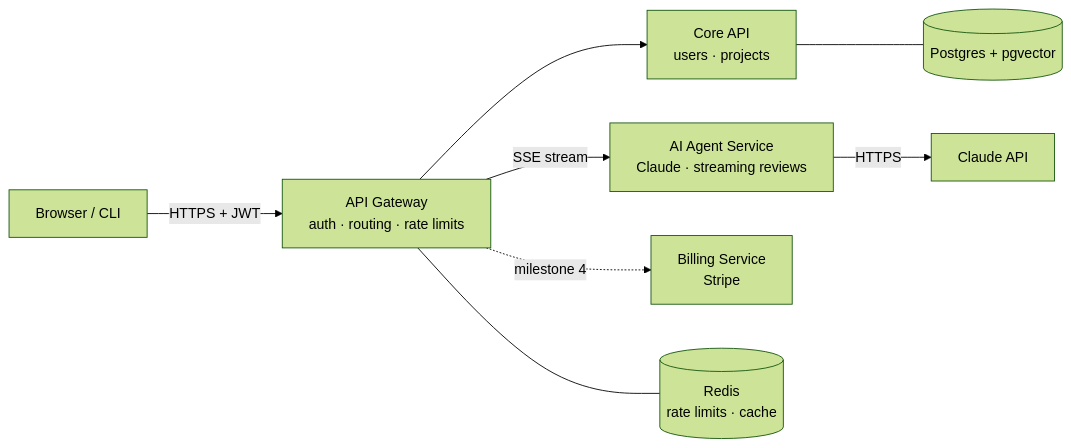
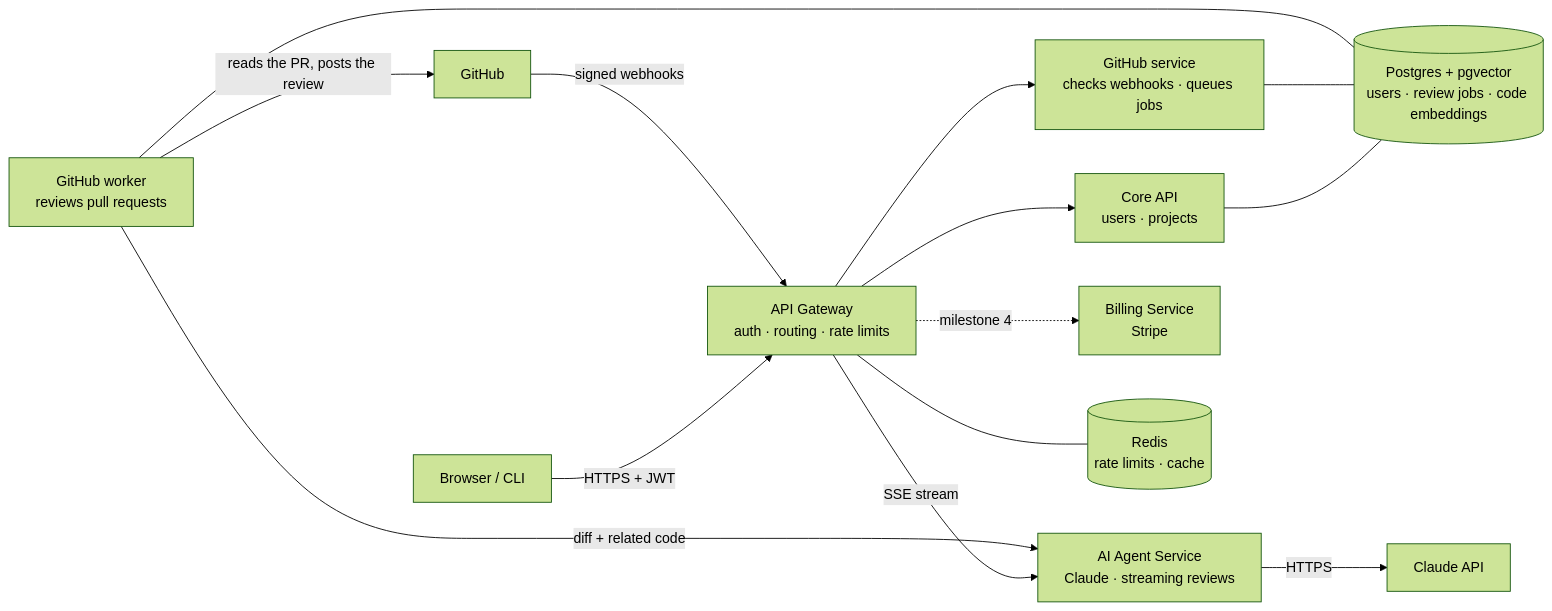
One commit to MITRAKER/genai-saas changed the diagram in README.md. Above: the diagram before and after it, drawn with Mermaid (forest theme). The commit also changed other lines of this file and 7 other files, not shown here.

````diff
--- a/README.md
+++ b/README.md
@@ -23,10 +24,16 @@
 ```mermaid
 flowchart LR
     U[Browser / CLI] -->|HTTPS + JWT| G[API Gateway<br/>auth · routing · rate limits]
+    H[GitHub] -->|signed webhooks| G
     G --> C[Core API<br/>users · projects]
     G -->|SSE stream| A[AI Agent Service<br/>Claude · streaming reviews]
+    G --> W[GitHub service<br/>checks webhooks · queues jobs]
     G -.milestone 4.-> B[Billing Service<br/>Stripe]
     G --- R[(Redis<br/>rate limits · cache)]
-    C --- P[(Postgres + pgvector)]
+    C --- P[(Postgres + pgvector<br/>users · review jobs · code embeddings)]
+    W --- P
+    K[GitHub worker<br/>reviews pull requests] --- P
+    K -->|reads the PR, posts the review| H
+    K -->|diff + related code| A
     A -->|HTTPS| L[Claude API]
 ```
````
